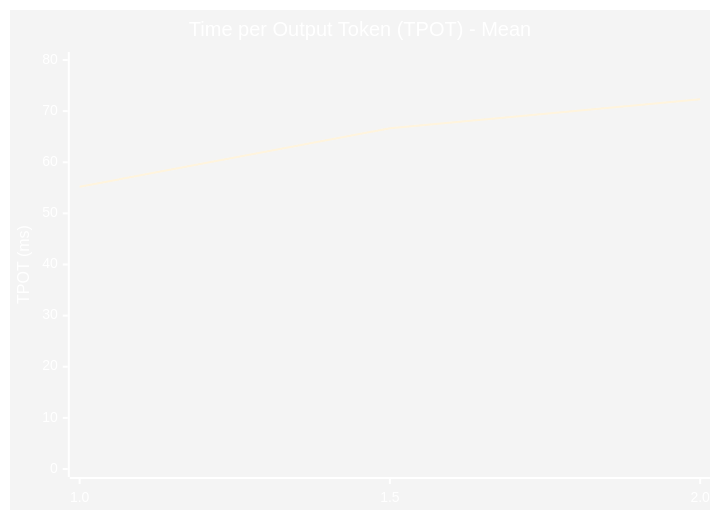
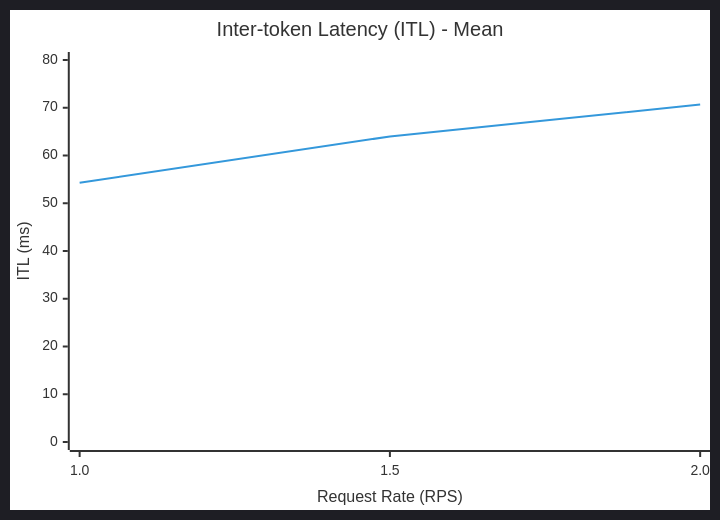
Before and after one commit to dmadicTT/tt-vllm-plugin: the third of 3 diagrams in README.md, drawn with Mermaid. The commit also changed other lines of this file, not shown here.

Commit message:
Update chart colors

````diff
--- a/README.md
+++ b/README.md
@@ -108,8 +108,8 @@
 ```mermaid
-%%{init: {'theme':'base', 'themeVariables': {'primaryColor':'#ff6b6b','primaryTextColor':'#fff','primaryBorderColor':'#7C0000','lineColor':'#4ECDC4','secondaryColor':'#006100','tertiaryColor':'#fff'}}}%%
+%%{init: {'theme':'dark', 'themeVariables': {'primaryColor':'#000000','primaryTextColor':'#333333','primaryBorderColor':'#000000','lineColor':'#000000','secondaryColor':'#000000','tertiaryColor':'#000000','textColor':'#333333','background':'#ffffff','mainBkgColor':'#ffffff'}}}%%
 xychart-beta
-    title "Time per Output Token (TPOT) - Mean"
-    x-axis [1.0, 1.5, 2.0]
-    y-axis "TPOT (ms)" 0 --> 80
-    line [55.20, 66.63, 72.33]
+    title "Inter-token Latency (ITL) - Mean"
+    x-axis "Request Rate (RPS)" [1.0, 1.5, 2.0]
+    y-axis "ITL (ms)" 0 --> 80
+    line [54.28, 63.99, 70.68]
 ```
````
